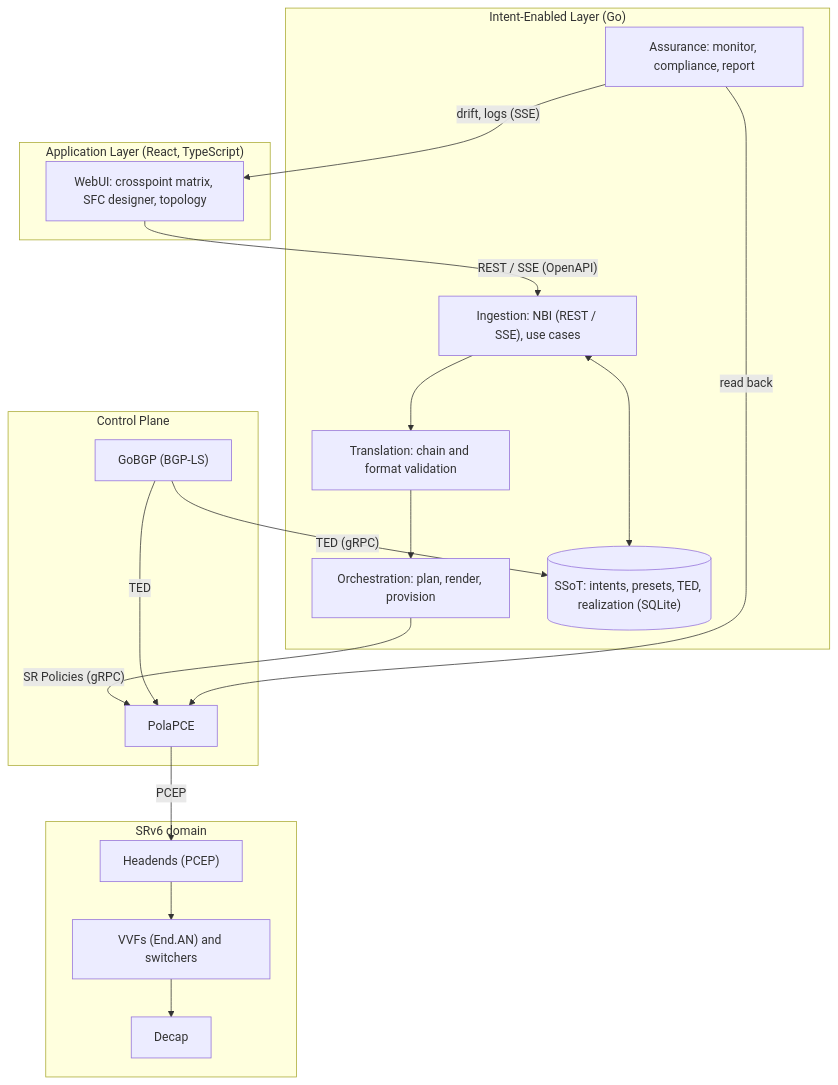
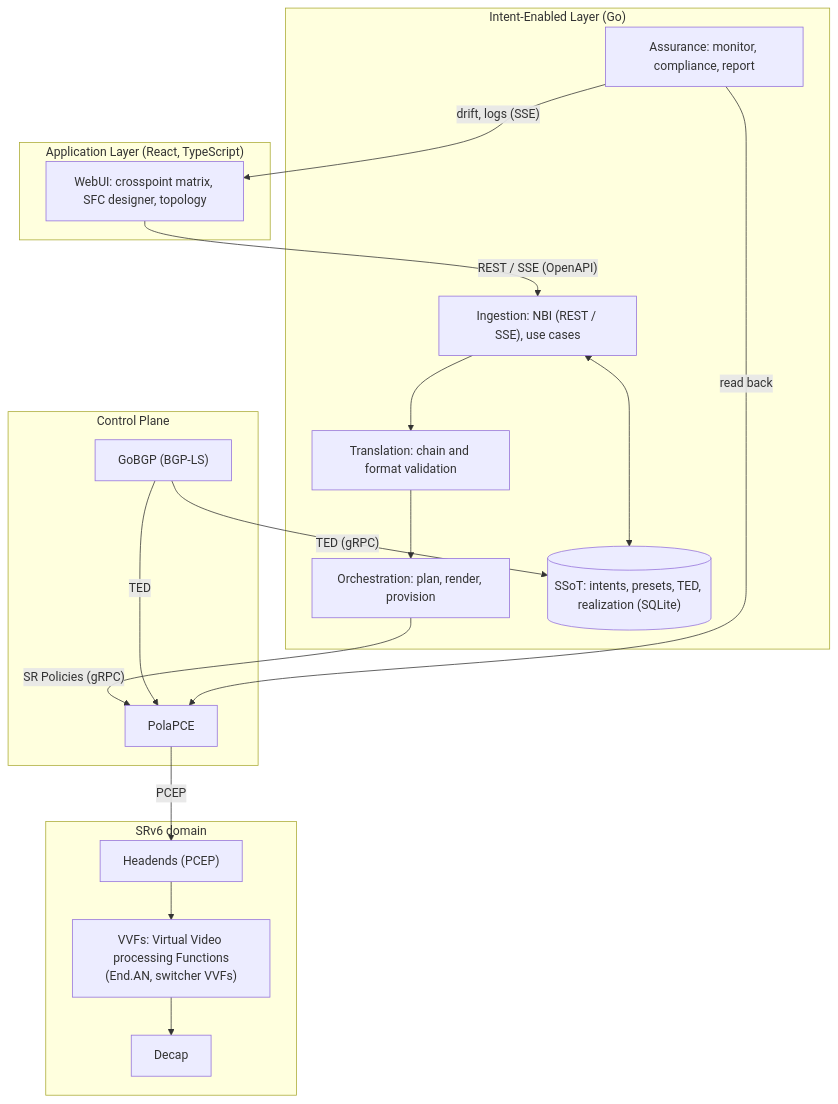
One commit to Eyprz/visfox-srv6 changed the diagram in README.md. Above: the diagram before and after it, drawn with Mermaid. The commit also changed other lines of this file and 5 other files, not shown here.

First line of the commit message:
docs: explain VVF (Virtual Video processing Function)

````diff
--- a/README.md
+++ b/README.md
@@ -35,32 +38,32 @@
 ```mermaid
 flowchart TB
     subgraph APP["Application Layer (React, TypeScript)"]
         UI["WebUI: crosspoint matrix, SFC designer, topology"]
     end
     subgraph IEL["Intent-Enabled Layer (Go)"]
         ING["Ingestion: NBI (REST / SSE), use cases"]
         TR["Translation: chain and format validation"]
         ORC["Orchestration: plan, render, provision"]
         AS["Assurance: monitor, compliance, report"]
         SSOT[("SSoT: intents, presets, TED, realization (SQLite)")]
     end
     subgraph CP["Control Plane"]
         PCE["PolaPCE"]
         BGP["GoBGP (BGP-LS)"]
     end
     subgraph DP["SRv6 domain"]
         HE["Headends (PCEP)"]
-        VVF["VVFs (End.AN) and switchers"]
+        VVF["VVFs: Virtual Video processing Functions<br/>(End.AN, switcher VVFs)"]
         DC["Decap"]
     end
     UI -- "REST / SSE (OpenAPI)" --> ING
     ING --> TR --> ORC
     ING <--> SSOT
     ORC -- "SR Policies (gRPC)" --> PCE
     PCE -- PCEP --> HE
     BGP -- "TED (gRPC)" --> SSOT
     BGP -- TED --> PCE
     AS -- "read back" --> PCE
     AS -- "drift, logs (SSE)" --> UI
     HE --> VVF --> DC
 ```
````
